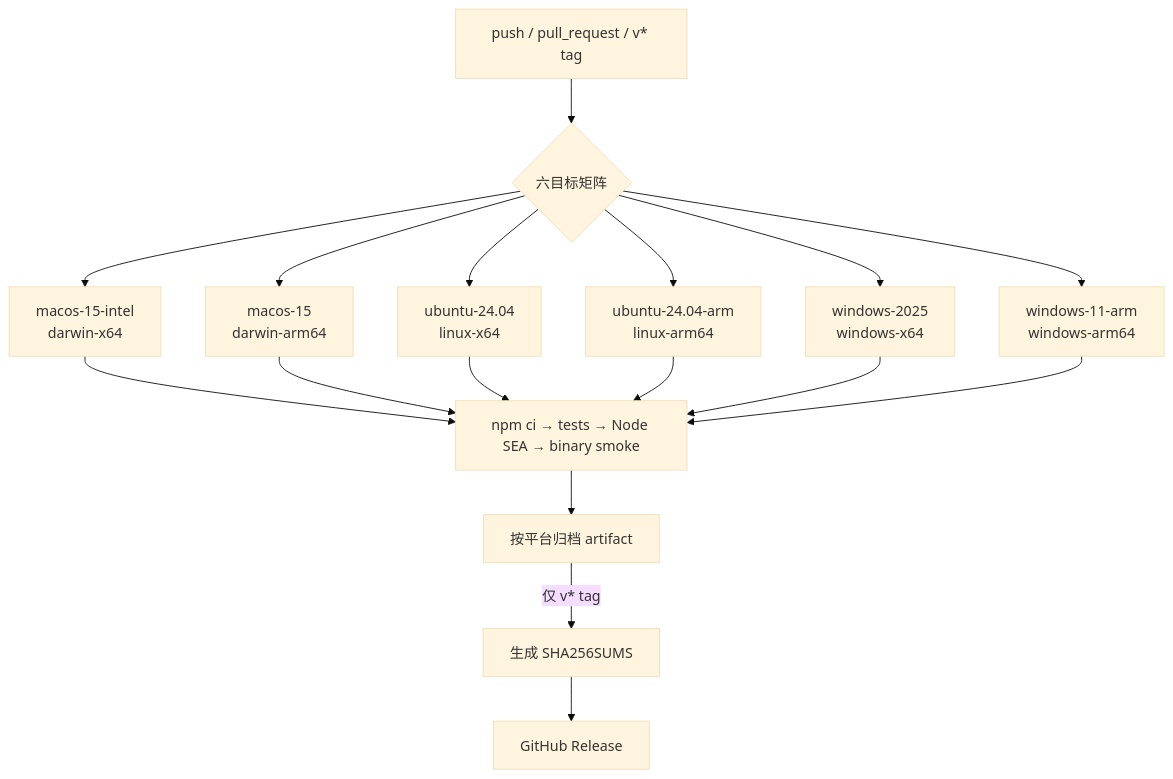
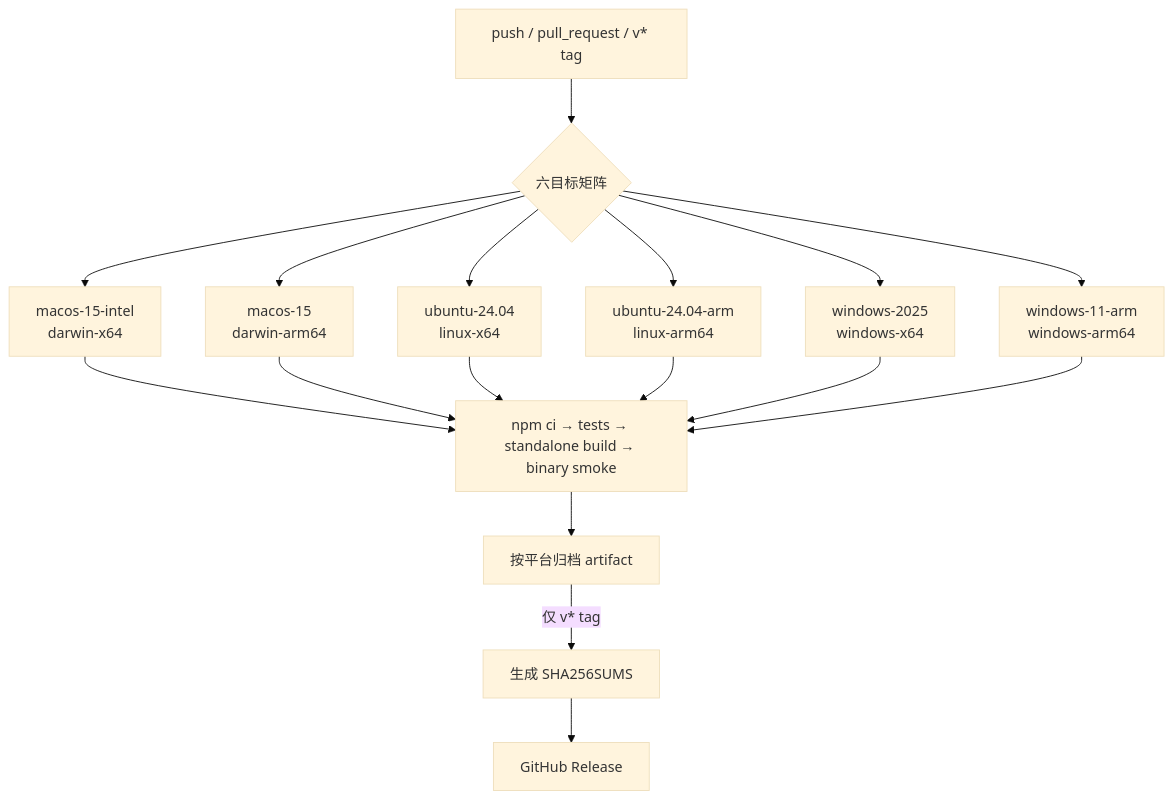
Before and after one commit to l4place0/uni-agent-push: the third of 3 diagrams in README.md, drawn with Mermaid (base theme). The commit also changed other lines of this file and 10 other files, not shown here.

````diff
--- a/README.md
+++ b/README.md
@@ -118,19 +118,19 @@
 ```mermaid
 flowchart TB
     G["push / pull_request / v* tag"] --> M{"六目标矩阵"}
     M --> DX["macos-15-intel\ndarwin-x64"]
     M --> DA["macos-15\ndarwin-arm64"]
     M --> LX["ubuntu-24.04\nlinux-x64"]
     M --> LA["ubuntu-24.04-arm\nlinux-arm64"]
     M --> WX["windows-2025\nwindows-x64"]
     M --> WA["windows-11-arm\nwindows-arm64"]
-    DX --> B["npm ci → tests → Node SEA → binary smoke"]
+    DX --> B["npm ci → tests → standalone build → binary smoke"]
     DA --> B
     LX --> B
     LA --> B
     WX --> B
     WA --> B
     B --> A["按平台归档 artifact"]
     A -->|"仅 v* tag"| H["生成 SHA256SUMS"]
     H --> R["GitHub Release"]
 ```
````
